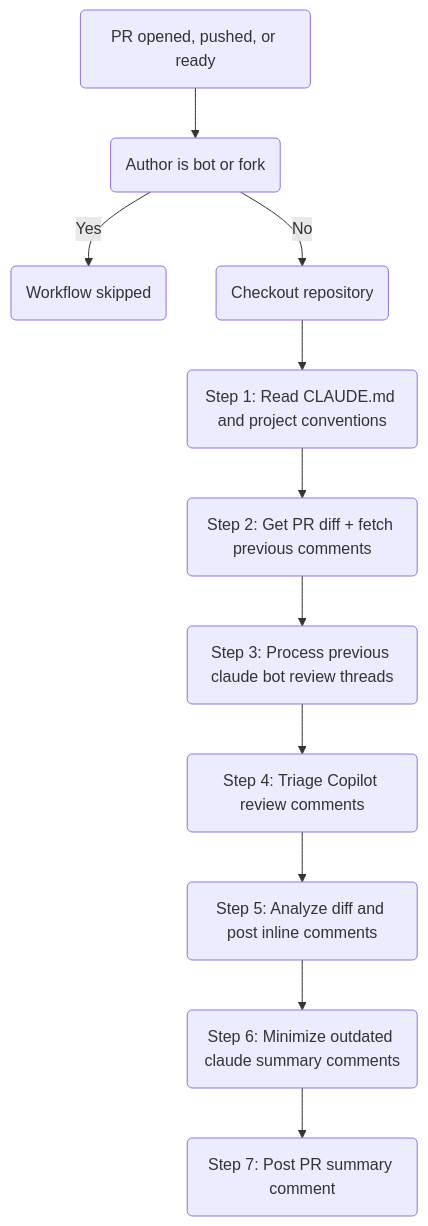
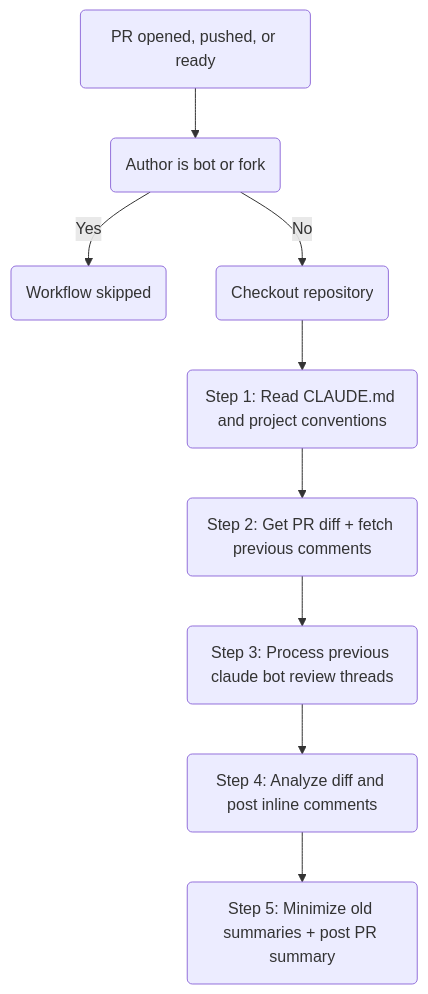
Before and after one commit to SchweizerischeBundesbahnen/github-workflows-polarion: the first of 2 diagrams in docs/claude-code-review.md, drawn with Mermaid. The commit also changed other lines of this file and 7 other files, not shown here.

First line of the commit message:
feat: split Copilot triage into separate review triage workflow

````diff
--- a/docs/claude-code-review.md
+++ b/docs/claude-code-review.md
@@ -38,13 +38,11 @@
 ```mermaid
 flowchart TD
   A(PR opened, pushed, or ready) --> B(Author is bot or fork)
   B -->|Yes| Z(Workflow skipped)
   B -->|No| C(Checkout repository)
   C --> D(Step 1: Read CLAUDE.md and project conventions)
   D --> E(Step 2: Get PR diff + fetch previous comments)
   E --> F(Step 3: Process previous claude bot review threads)
-  F --> G(Step 4: Triage Copilot review comments)
-  G --> H(Step 5: Analyze diff and post inline comments)
-  H --> I(Step 6: Minimize outdated claude summary comments)
-  I --> J(Step 7: Post PR summary comment)
+  F --> G(Step 4: Analyze diff and post inline comments)
+  G --> H(Step 5: Minimize old summaries + post PR summary)
 ```
````
